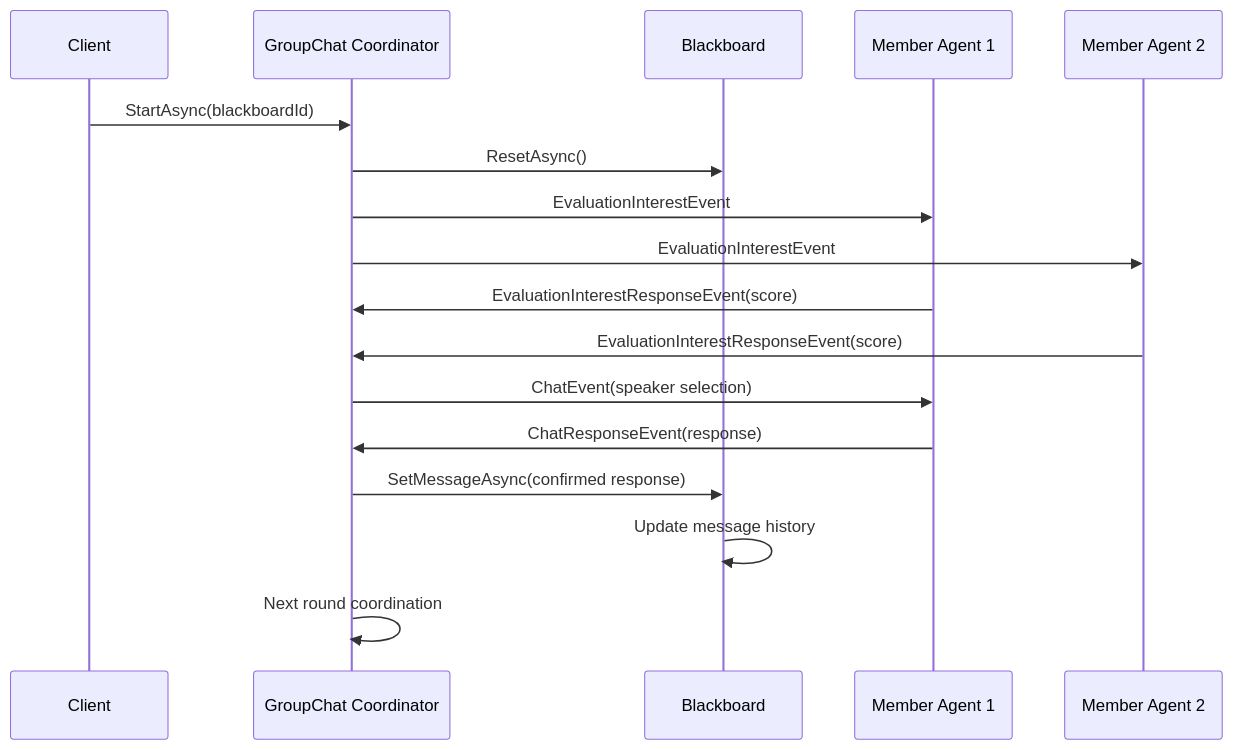
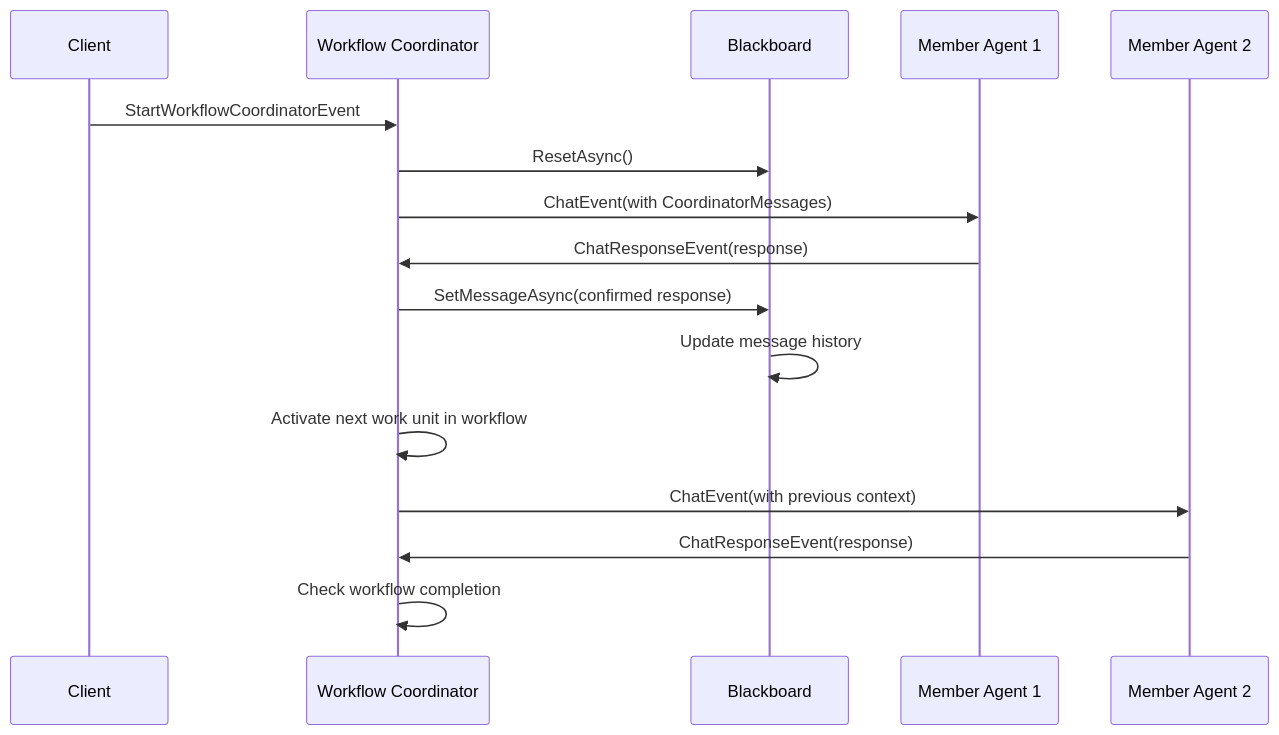
Before and after one commit to aevatarAI/aevatar-gagents: the second of 2 diagrams in docs/GroupChat-Technical-Documentation.md, drawn with Mermaid. The commit also changed other lines of this file, not shown here.

Commit message:
group chat tech doc

````diff
--- a/docs/GroupChat-Technical-Documentation.md
+++ b/docs/GroupChat-Technical-Documentation.md
@@ -40,20 +40,19 @@
 ```mermaid
 sequenceDiagram
     participant C as Client
-    participant GC as GroupChat Coordinator
+    participant WC as Workflow Coordinator
     participant BB as Blackboard
     participant M1 as Member Agent 1
     participant M2 as Member Agent 2
     
-    C->>GC: StartAsync(blackboardId)
-    GC->>BB: ResetAsync()
-    GC->>M1: EvaluationInterestEvent
-    GC->>M2: EvaluationInterestEvent
-    M1->>GC: EvaluationInterestResponseEvent(score)
-    M2->>GC: EvaluationInterestResponseEvent(score)
-    GC->>M1: ChatEvent(speaker selection)
-    M1->>GC: ChatResponseEvent(response)
-    GC->>BB: SetMessageAsync(confirmed response)
+    C->>WC: StartWorkflowCoordinatorEvent
+    WC->>BB: ResetAsync()
+    WC->>M1: ChatEvent(with CoordinatorMessages)
+    M1->>WC: ChatResponseEvent(response)
+    WC->>BB: SetMessageAsync(confirmed response)
     BB->>BB: Update message history
-    GC->>GC: Next round coordination
+    WC->>WC: Activate next work unit in workflow
+    WC->>M2: ChatEvent(with previous context)
+    M2->>WC: ChatResponseEvent(response)
+    WC->>WC: Check workflow completion
 ```
````
